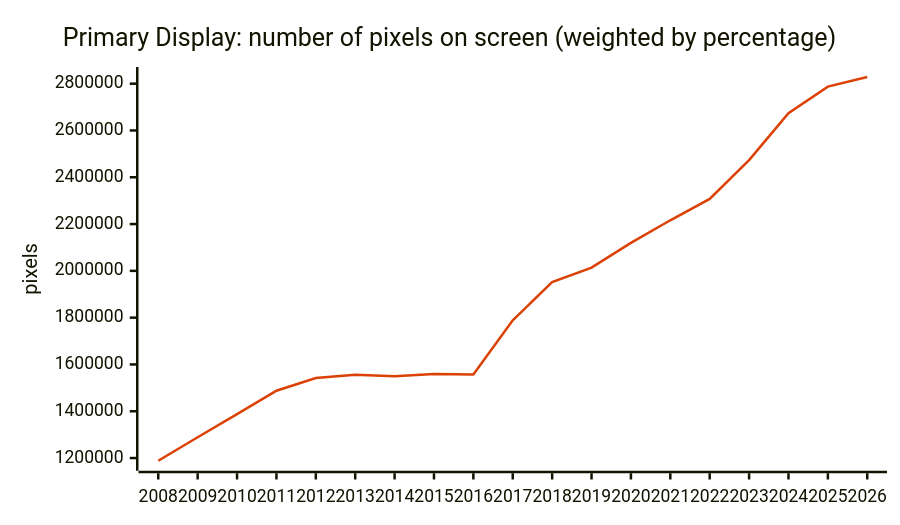
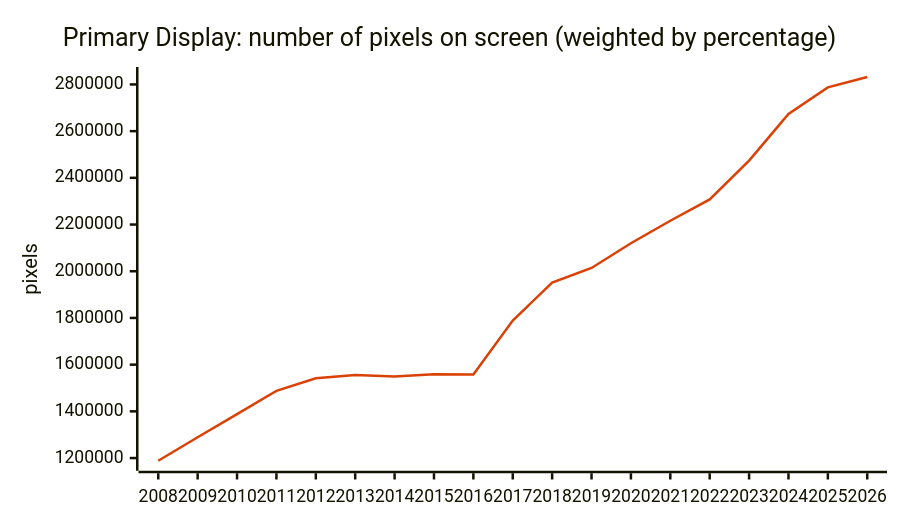
Diagram 20 of 31 in README.md (jdegene/steamHWsurvey), drawn with Mermaid before and after one commit. The commit also changed other lines of this file and 3 other files, not shown here.

````diff
--- a/README.md
+++ b/README.md
@@ -678,19 +678,19 @@
 ```mermaid
 ---
 config:
     xyChart:
         width: 700
         height: 400
         
     themeVariables:
         xyChart:
             plotColorPalette: "#DB4105"
 
 --- 
 
 xychart-beta
     title "Primary Display: number of pixels on screen (weighted by percentage)"
     x-axis [2008, 2009, 2010, 2011, 2012, 2013, 2014, 2015, 2016, 2017, 2018, 2019, 2020, 2021, 2022, 2023, 2024, 2025, 2026]
     y-axis "pixels" 
-    line [1188430.8928, 1288926.3533333333, 1387816.4456, 1487587.5584, 1541658.4541874998, 1555539.6754714285, 1549496.4588272728, 1559351.2310333333, 1557359.9222666665, 1788536.702933333, 1951604.4634666666, 2014008.6962666668, 2119798.684, 2216151.3149333335, 2307369.4647999997, 2473576.992, 2673738.5261333333, 2787492.8815333336, 2828543.253466666]
+    line [1188430.8928, 1288926.3533333333, 1387816.4456, 1487587.5584, 1541658.4541874998, 1555539.6754714285, 1549496.4588272728, 1559351.2310333333, 1557359.9222666665, 1788536.702933333, 1951604.4634666666, 2014008.6962666668, 2119798.684, 2216151.3149333335, 2307369.4647999997, 2473576.992, 2673738.5261333333, 2787492.8815333336, 2831850.072666666]
 ``` 
````
